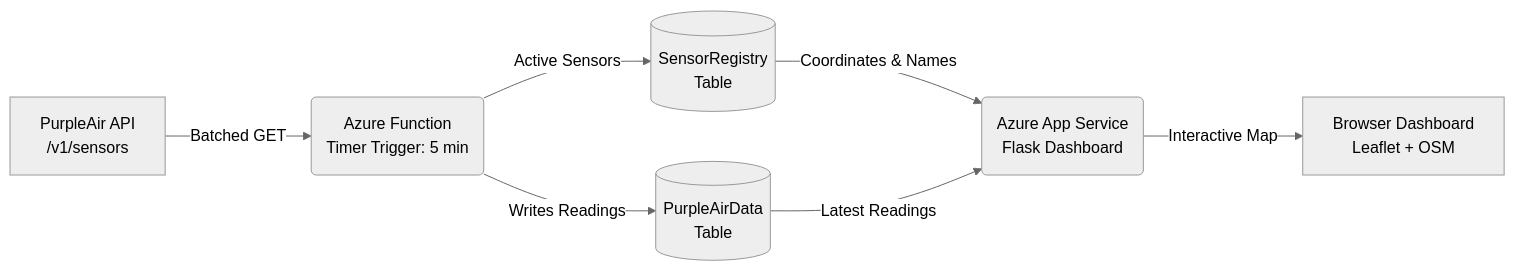
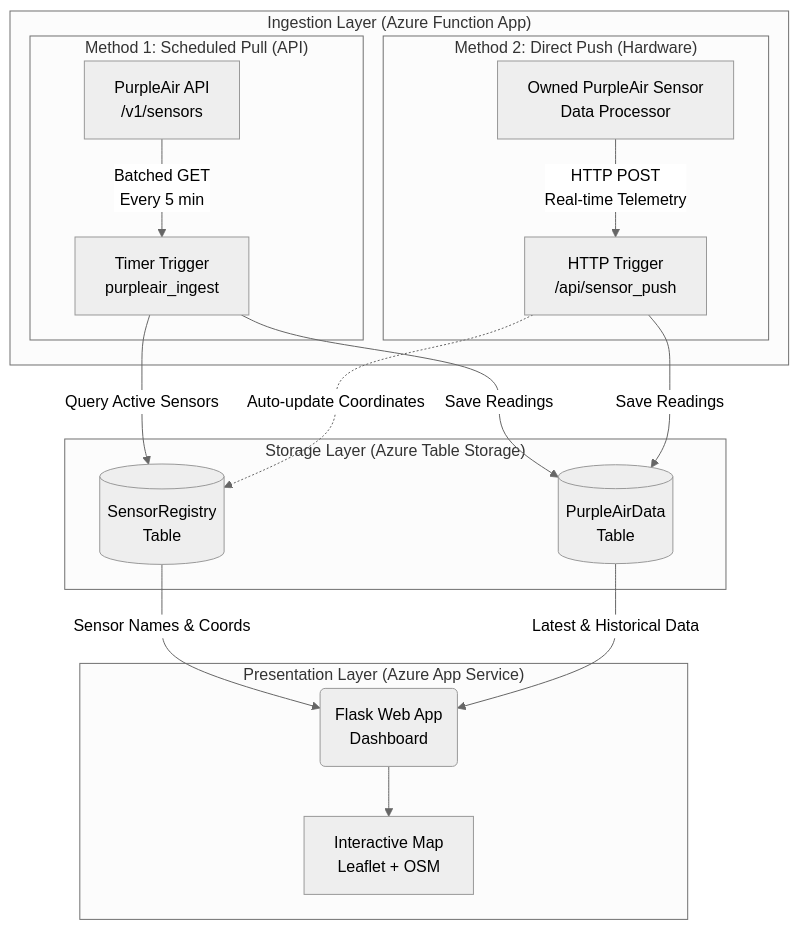
One commit to IsaiahVK/healthy-gulf-purpleair changed the diagram in README.md. Above: the diagram before and after it, drawn with Mermaid (neutral theme). The commit also changed other lines of this file and 3 other files, not shown here.

Commit message:
Add webhook direct push support

````diff
--- a/README.md
+++ b/README.md
@@ -9,9 +9,30 @@
 ```mermaid
-flowchart LR
-    A[PurpleAir API\n/v1/sensors] -->|Batched GET| B(Azure Function\nTimer Trigger: 5 min)
-    B -->|Active Sensors| C[(SensorRegistry\nTable)]
-    B -->|Writes Readings| D[(PurpleAirData\nTable)]
-    C -->|Coordinates & Names| E(Azure App Service\nFlask Dashboard)
-    D -->|Latest Readings| E
-    E -->|Interactive Map| F[Browser Dashboard\nLeaflet + OSM]
+flowchart TD
+    subgraph Ingestion["Ingestion Layer (Azure Function App)"]
+        subgraph ScheduledPull["Method 1: Scheduled Pull (API)"]
+            A1[PurpleAir API\n/v1/sensors] -->|Batched GET\nEvery 5 min| B1[Timer Trigger\npurpleair_ingest]
+        end
+        subgraph DirectPush["Method 2: Direct Push (Hardware)"]
+            A2[Owned PurpleAir Sensor\nData Processor] -->|HTTP POST\nReal-time Telemetry| B2[HTTP Trigger\n/api/sensor_push]
+        end
+    end
+
+    subgraph Storage["Storage Layer (Azure Table Storage)"]
+        C[(SensorRegistry\nTable)]
+        D[(PurpleAirData\nTable)]
+    end
+
+    subgraph Frontend["Presentation Layer (Azure App Service)"]
+        E(Flask Web App\nDashboard)
+        F[Interactive Map\nLeaflet + OSM]
+    end
+
+    B1 -->|Query Active Sensors| C
+    B1 -->|Save Readings| D
+    B2 -->|Save Readings| D
+    B2 -.->|Auto-update Coordinates| C
+
+    C -->|Sensor Names & Coords| E
+    D -->|Latest & Historical Data| E
+    E --> F
 ```
````
